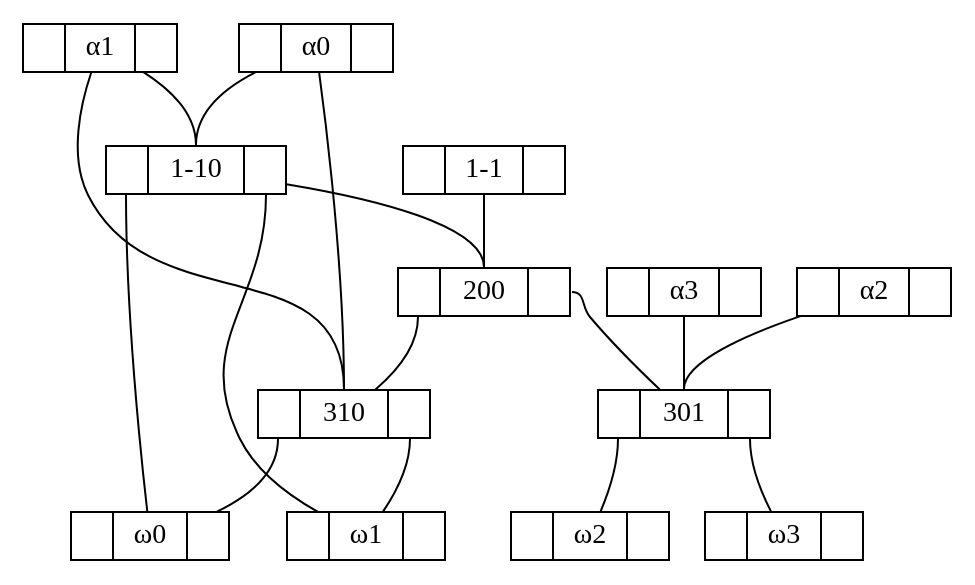
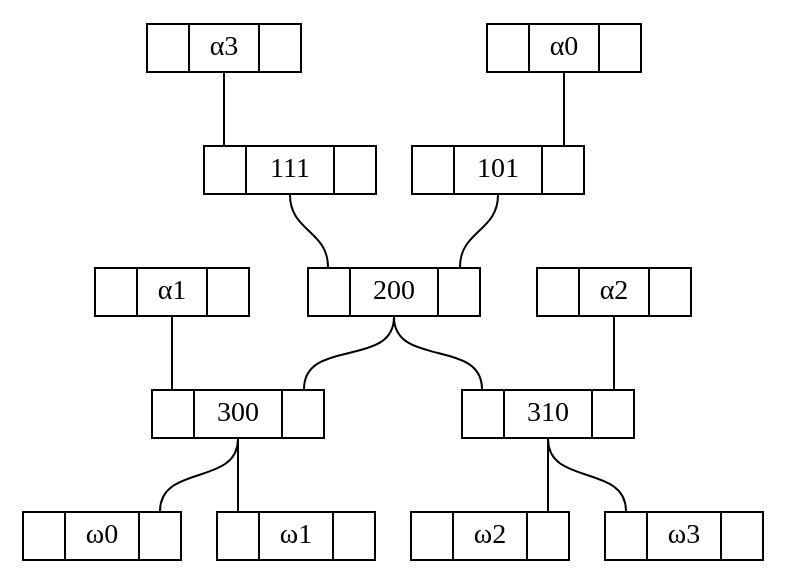
The diagram in 4 binairy tree general.gv.dot (grootstebozewolf/networks), drawn with Graphviz before and after one commit. The commit also changed 7 other files, not shown here.

```diff
--- a/4 binairy tree general.gv.dot
+++ b/4 binairy tree general.gv.dot
@@ -1,88 +1,84 @@
 graph "4 binairy tree general" {
-	graph [bb="0,0,433,264"];
+	graph [bb="0,0,346,264"];
 	node [height=.1,
 		label="\N",
 		shape=record
 	];
 	200	 [height=0.33333,
 		label="<f0> |<f1> 200|<f2>",
-		pos="216.5,132",
-		rects="178,120.5,198,143.5 198,120.5,235,143.5 235,120.5,255,143.5",
+		pos="172.5,132",
+		rects="134,120.5,154,143.5 154,120.5,191,143.5 191,120.5,211,143.5",
 		width=1.0694];
+	300	 [height=0.33333,
+		label="<f0> |<f1> 300|<f2>",
+		pos="100.5,72",
+		rects="62,60.5,82,83.5 82,60.5,119,83.5 119,60.5,139,83.5",
+		width=1.0694];
+	200:f1 -- 300:f2	 [pos="172.5,120 172.5,95.075 129.5,108.92 129.5,84"];
 	310	 [height=0.33333,
 		label="<f0> |<f1> 310|<f2>",
-		pos="154.5,72",
-		rects="116,60.5,136,83.5 136,60.5,173,83.5 173,60.5,193,83.5",
+		pos="245.5,72",
+		rects="207,60.5,227,83.5 227,60.5,264,83.5 264,60.5,284,83.5",
 		width=1.0694];
-	200:f0 -- 310	 [pos="187.5,120 187.5,105.44 176.77,92.203 167.54,83.513"];
-	301	 [height=0.33333,
-		label="<f0> |<f1> 301|<f2>",
-		pos="308.5,72",
-		rects="270,60.5,290,83.5 290,60.5,327,83.5 327,60.5,347,83.5",
-		width=1.0694];
-	200:f2 -- 301	 [pos="245.5,120 245.5,102.67 261,90.967 276.63,83.574"];
+	200:f1 -- 310:f0	 [pos="172.5,120 172.5,94.733 216.5,109.27 216.5,84"];
 	ω00	 [height=0.33333,
 		label="<f0> |<f1> ω0|<f2>",
-		pos="57.5,12",
-		rects="21,0.5,41,23.5 41,0.5,74,23.5 74,0.5,94,23.5",
+		pos="36.5,12",
+		rects="0,0.5,20,23.5 20,0.5,53,23.5 53,0.5,73,23.5",
 		width=1.0139];
-	310:f0 -- ω00	 [pos="114.5,72 87.867,72 69.729,40.519 61.886,23.548"];
+	300:f1 -- ω00:f2	 [pos="100.5,60 100.5,37.056 63.5,46.944 63.5,24"];
 	ω01	 [height=0.33333,
 		label="<f0> |<f1> ω1|<f2>",
-		pos="162.5,12",
-		rects="126,0.5,146,23.5 146,0.5,179,23.5 179,0.5,199,23.5",
+		pos="127.5,12",
+		rects="91,0.5,111,23.5 111,0.5,144,23.5 144,0.5,164,23.5",
 		width=1.0139];
-	310:f2 -- ω01	 [pos="183.5,60 183.5,46.594 176.29,32.762 170.32,23.606"];
+	300:f1 -- ω01:f0	 [pos="100.5,60 100.5,44 100.5,40 100.5,24"];
+	α01	 [height=0.33333,
+		label="<f0> |<f1> α1|<f2>",
+		pos="71.5,132",
+		rects="36,120.5,56,143.5 56,120.5,87,143.5 87,120.5,107,143.5",
+		width=0.98611];
+	α01:f1 -- 300:f0	 [pos="71.5,120 71.5,104 71.5,100 71.5,84"];
+	ω10	 [height=0.33333,
+		label="<f0> |<f1> ω2|<f2>",
+		pos="218.5,12",
+		rects="182,0.5,202,23.5 202,0.5,235,23.5 235,0.5,255,23.5",
+		width=1.0139];
+	310:f1 -- ω10:f2	 [pos="245.5,60 245.5,44 245.5,40 245.5,24"];
+	ω11	 [height=0.33333,
+		label="<f0> |<f1> ω3|<f2>",
+		pos="309.5,12",
+		rects="273,0.5,293,23.5 293,0.5,326,23.5 326,0.5,346,23.5",
+		width=1.0139];
+	310:f1 -- ω11:f0	 [pos="245.5,60 245.5,37.056 282.5,46.944 282.5,24"];
+	α10	 [height=0.33333,
+		label="<f0> |<f1> α2|<f2>",
+		pos="274.5,132",
+		rects="239,120.5,259,143.5 259,120.5,290,143.5 290,120.5,310,143.5",
+		width=0.98611];
+	α10:f1 -- 310:f2	 [pos="274.5,120 274.5,104 274.5,100 274.5,84"];
+	101	 [height=0.33333,
+		label="<f0> |<f1> 101|<f2>",
+		pos="219.5,192",
+		rects="181,180.5,201,203.5 201,180.5,238,203.5 238,180.5,258,203.5",
+		width=1.0694];
+	101:f1 -- 200:f2	 [pos="219.5,180 219.5,162.11 201.5,161.89 201.5,144"];
 	α00	 [height=0.33333,
 		label="<f0> |<f1> α0|<f2>",
-		pos="136.5,252",
-		rects="101,240.5,121,263.5 121,240.5,152,263.5 152,240.5,172,263.5",
+		pos="248.5,252",
+		rects="213,240.5,233,263.5 233,240.5,264,263.5 264,240.5,284,263.5",
 		width=0.98611];
-	α00 -- 310:f1	 [pos="138.43,240.49 143.07,214.21 154.5,143.49 154.5,84"];
-	"1-10"	 [height=0.33333,
-		label="<f0> |<f1> 1-10|<f2>",
-		pos="80.5,192",
-		rects="40,180.5,60,203.5 60,180.5,101,203.5 101,180.5,121,203.5",
-		width=1.125];
-	α00 -- "1-10":f1	 [pos="109.81,240.39 95.389,232.73 80.5,220.75 80.5,204"];
-	α01	 [height=0.33333,
-		label="<f0> |<f1> α1|<f2>",
-		pos="35.5,252",
-		rects="0,240.5,20,263.5 20,240.5,51,263.5 51,240.5,71,263.5",
-		width=0.98611];
-	α01 -- 310:f1	 [pos="31.535,240.25 26.878,225.76 20.923,199.53 30.5,180 61.192,117.42 154.5,153.7 154.5,84"];
-	α01 -- "1-10":f1	 [pos="55.107,240.36 67.233,232.21 80.5,219.7 80.5,204"];
-	ω10	 [height=0.33333,
-		label="<f0> |<f1> ω2|<f2>",
-		pos="260.5,12",
-		rects="224,0.5,244,23.5 244,0.5,277,23.5 277,0.5,297,23.5",
-		width=1.0139];
-	301:f0 -- ω10	 [pos="279.5,60 279.5,46.798 272.98,32.931 267.57,23.711"];
-	ω11	 [height=0.33333,
-		label="<f0> |<f1> ω3|<f2>",
-		pos="351.5,12",
-		rects="315,0.5,335,23.5 335,0.5,368,23.5 368,0.5,388,23.5",
-		width=1.0139];
-	301:f2 -- ω11	 [pos="337.5,60 337.5,47.059 342.44,32.916 346.45,23.561"];
-	α10	 [height=0.33333,
-		label="<f0> |<f1> α2|<f2>",
-		pos="397.5,132",
-		rects="362,120.5,382,143.5 382,120.5,413,143.5 413,120.5,433,143.5",
-		width=0.98611];
-	α10 -- 301:f1	 [pos="364.87,120.42 339.46,111.17 308.5,97.193 308.5,84"];
+	α00:f1 -- 101:f2	 [pos="248.5,240 248.5,224 248.5,220 248.5,204"];
+	111	 [height=0.33333,
+		label="<f0> |<f1> 111|<f2>",
+		pos="124.5,192",
+		rects="86,180.5,106,203.5 106,180.5,143,203.5 143,180.5,163,203.5",
+		width=1.0694];
+	111:f1 -- 200:f0	 [pos="124.5,180 124.5,161.91 143.5,162.09 143.5,144"];
 	α11	 [height=0.33333,
 		label="<f0> |<f1> α3|<f2>",
-		pos="308.5,132",
-		rects="273,120.5,293,143.5 293,120.5,324,143.5 324,120.5,344,143.5",
+		pos="95.5,252",
+		rects="60,240.5,80,263.5 80,240.5,111,263.5 111,240.5,131,263.5",
 		width=0.98611];
-	α11 -- 301:f1	 [pos="308.5,120.17 308.5,110.65 308.5,96.403 308.5,84"];
-	"1-10" -- 200:f1	 [pos="121.3,184.96 161.36,177.85 216.5,164.36 216.5,144"];
-	"1-10":f0 -- ω00	 [pos="49.5,180 49.5,120.79 54.58,49.898 56.644,23.543"];
-	"1-10":f2 -- ω01	 [pos="111.5,180 111.5,126.62 83.943,108.38 106.5,60 113.9,44.125 129.6,31.707 142.49,23.633"];
-	"1-1"	 [height=0.33333,
-		label="<f0> |<f1> 1-1|<f2>",
-		pos="216.5,192",
-		rects="179,180.5,199,203.5 199,180.5,234,203.5 234,180.5,254,203.5",
-		width=1.0417];
-	"1-1" -- 200:f1	 [pos="216.5,180.17 216.5,170.65 216.5,156.4 216.5,144"];
+	α11:f1 -- 111:f0	 [pos="95.5,240 95.5,224 95.5,220 95.5,204"];
 }
```
